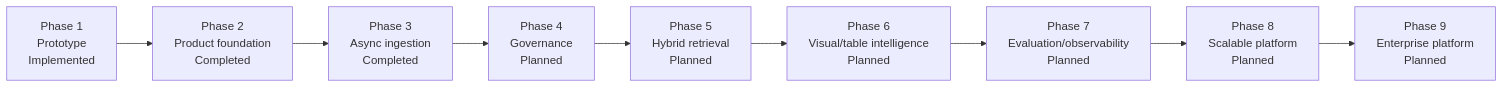
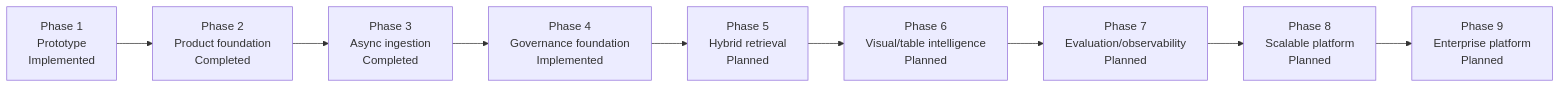
One commit to mvyas412/ai-projects changed the second of 11 diagrams in mm-rag-full-stack-genai-bootcamp-3.0/docs/architecture/ARCHITECTURE.md. Above: the diagram before and after it, drawn with Mermaid. The commit also changed other lines of this file and 85 other files, not shown here.

First line of the commit message:
feat(mm-rag): implement Phase 4 authorization and governance (#3)

````diff
--- a/mm-rag-full-stack-genai-bootcamp-3.0/docs/architecture/ARCHITECTURE.md
+++ b/mm-rag-full-stack-genai-bootcamp-3.0/docs/architecture/ARCHITECTURE.md
@@ -163,12 +164,12 @@
 ```mermaid
 flowchart LR
     p1["Phase 1<br/>Prototype<br/>Implemented"] -->
     p2["Phase 2<br/>Product foundation<br/>Completed"] -->
     p3["Phase 3<br/>Async ingestion<br/>Completed"] -->
-    p4["Phase 4<br/>Governance<br/>Planned"] -->
+    p4["Phase 4<br/>Governance foundation<br/>Implemented"] -->
     p5["Phase 5<br/>Hybrid retrieval<br/>Planned"] -->
     p6["Phase 6<br/>Visual/table intelligence<br/>Planned"] -->
     p7["Phase 7<br/>Evaluation/observability<br/>Planned"] -->
     p8["Phase 8<br/>Scalable platform<br/>Planned"] -->
     p9["Phase 9<br/>Enterprise platform<br/>Planned"]
 ```
````
